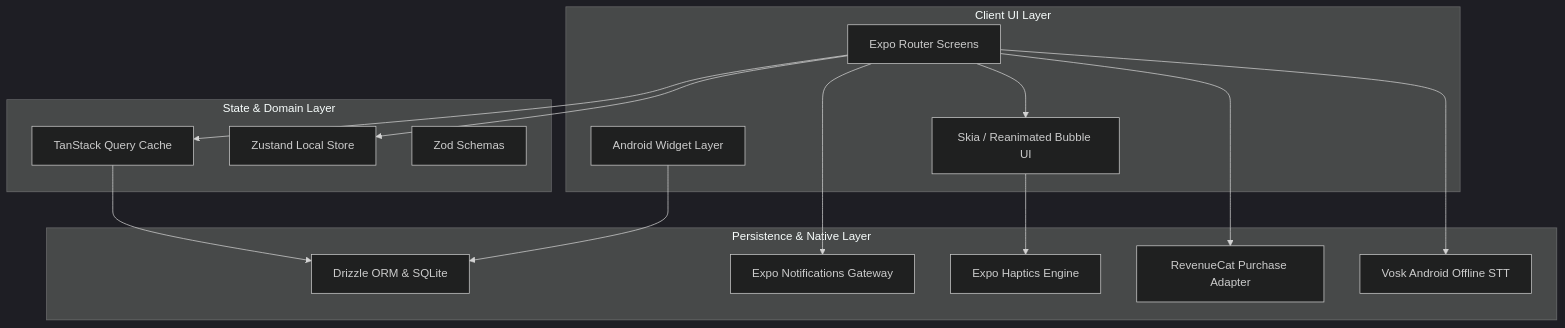
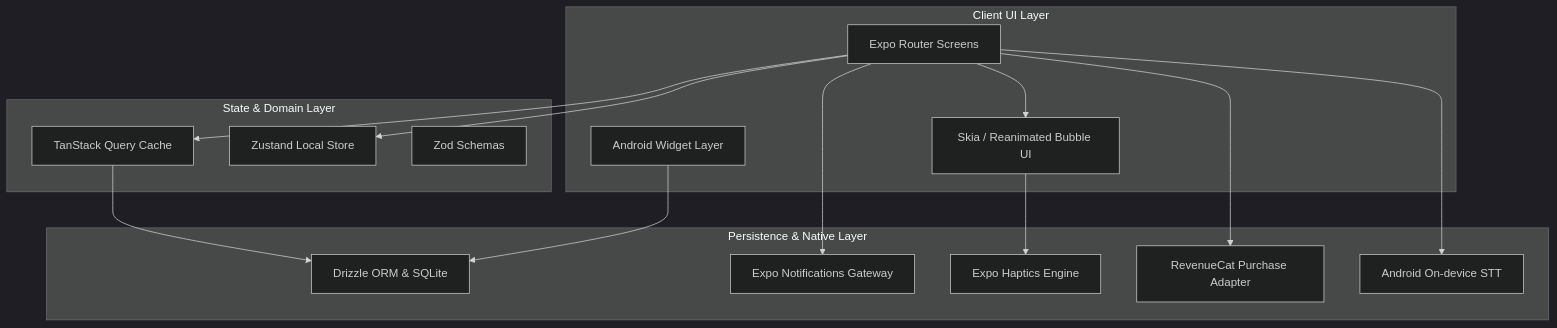
The diagram in docs/TECH_STACK.md (rion0918/pop-reminder), drawn with Mermaid (dark theme) before and after one commit. The commit also changed other lines of this file and 66 other files, not shown here.

First line of the commit message:
fix(android): stabilize offline Moonshine voice input (#17)

````diff
--- a/docs/TECH_STACK.md
+++ b/docs/TECH_STACK.md
@@ -9,32 +9,32 @@
 ```mermaid
 graph TB
     subgraph Client [Client UI Layer]
         AppUI[Expo Router Screens]
         BubbleUI[Skia / Reanimated Bubble UI]
         WidgetUI[Android Widget Layer]
     end
 
     subgraph StateDomain [State & Domain Layer]
         TanStack[TanStack Query Cache]
         ZustandStore[Zustand Local Store]
         ZodSchemas[Zod Schemas]
     end
 
     subgraph PersistenceNative [Persistence & Native Layer]
         Drizzle[Drizzle ORM & SQLite]
         Notifications[Expo Notifications Gateway]
         Haptics[Expo Haptics Engine]
         Purchases[RevenueCat Purchase Adapter]
-        Vosk[Vosk Android Offline STT]
+        AndroidSTT[Android On-device STT]
     end
 
     AppUI --> TanStack
     AppUI --> ZustandStore
     AppUI --> BubbleUI
     TanStack --> Drizzle
     AppUI --> Notifications
     AppUI --> Purchases
-    AppUI --> Vosk
+    AppUI --> AndroidSTT
     BubbleUI --> Haptics
     WidgetUI --> Drizzle
 ```
````
